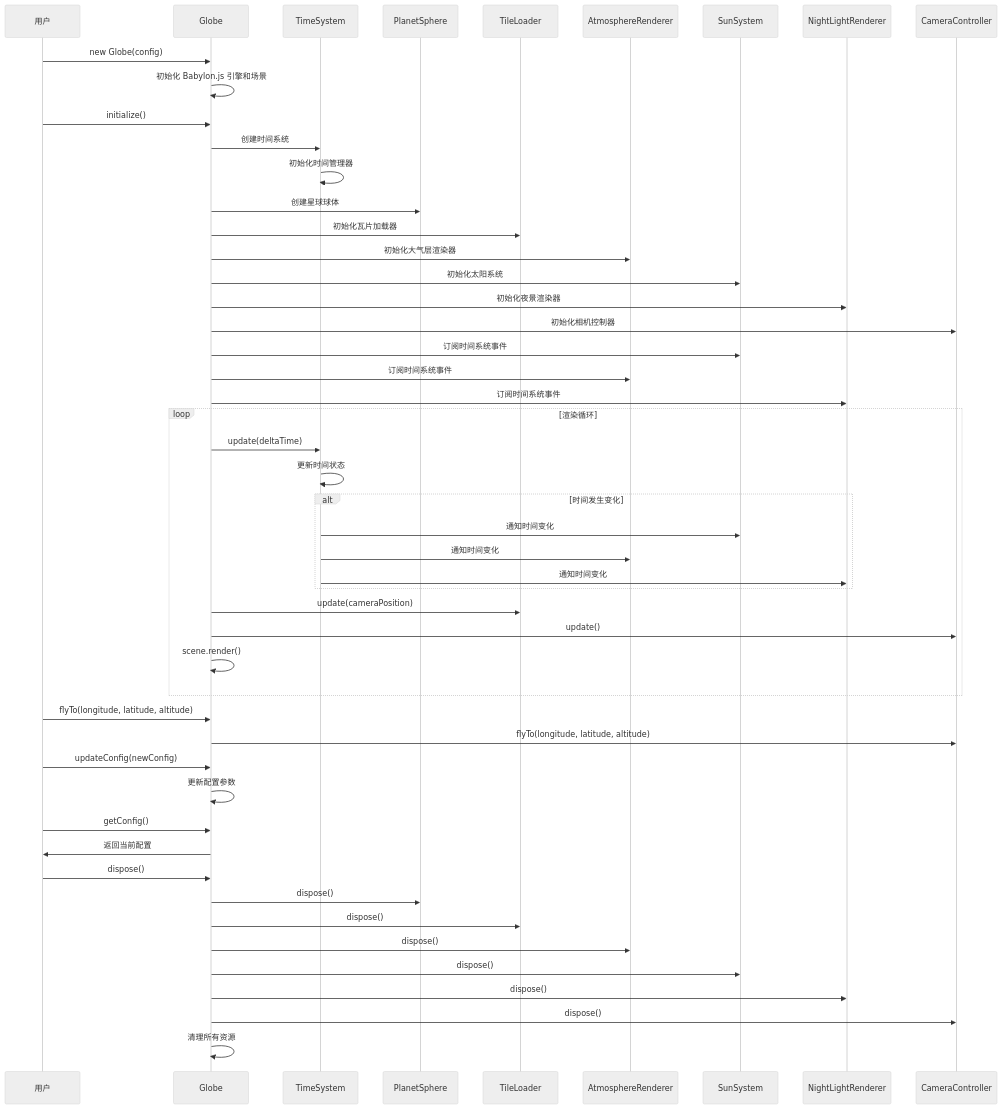
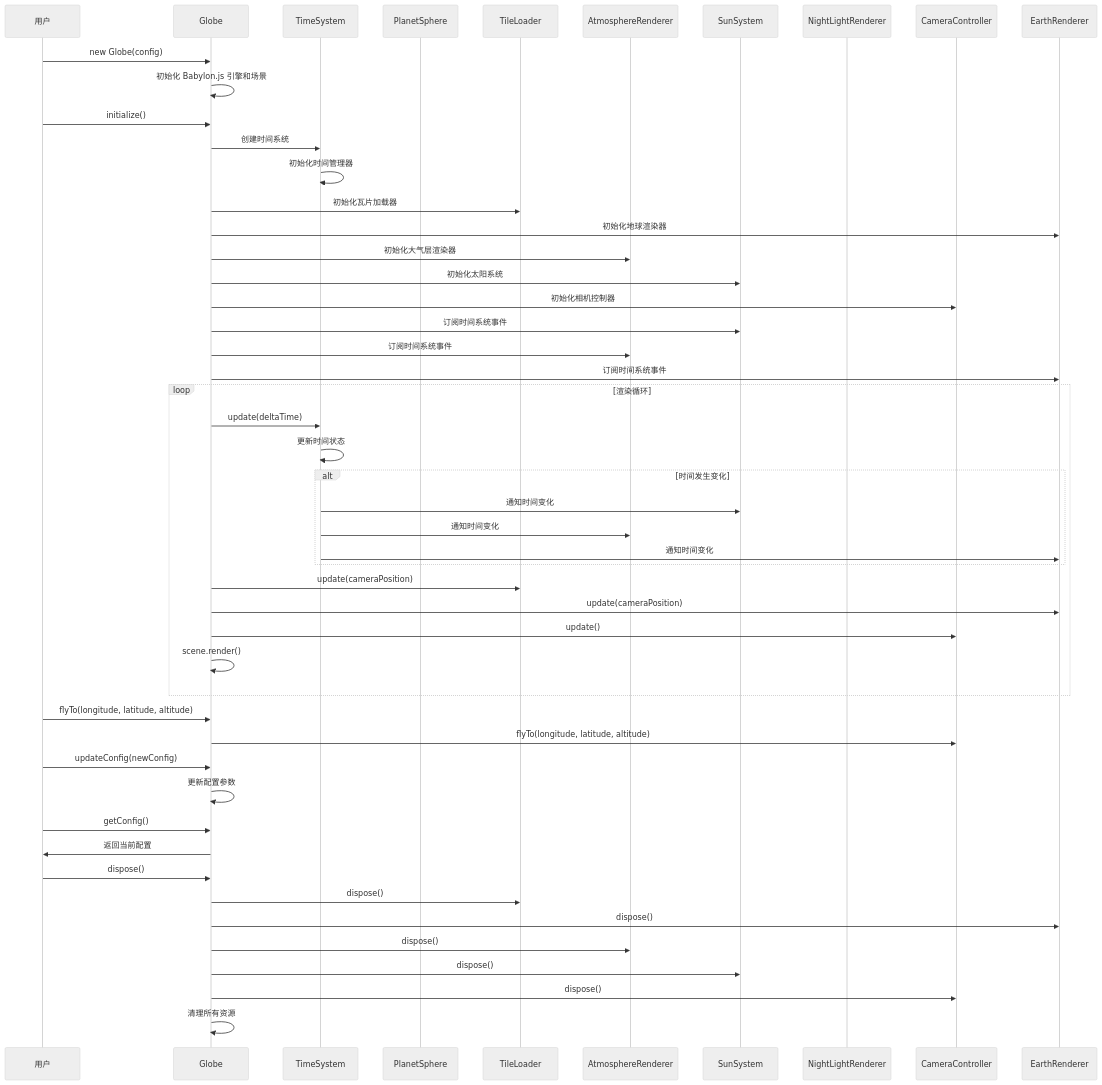
Before and after one commit to Zoranner/openearth: the third of 3 diagrams in docs/技术设计方案/01-详细设计/00-地球核心模块设计.md, drawn with Mermaid (neutral theme). The commit also changed other lines of this file and 10 other files, not shown here.

````diff
--- a/docs/技术设计方案/01-详细设计/00-地球核心模块设计.md
+++ b/docs/技术设计方案/01-详细设计/00-地球核心模块设计.md
@@ -156,62 +144,61 @@
 ```mermaid
 sequenceDiagram
     participant 用户
     participant Globe
     participant TimeSystem
     participant PlanetSphere
     participant TileLoader
     participant AtmosphereRenderer
     participant SunSystem
     participant NightLightRenderer
     participant CameraController
-    
+
     用户->>Globe: new Globe(config)
     Globe->>Globe: 初始化 Babylon.js 引擎和场景
-    
+
     用户->>Globe: initialize()
     Globe->>TimeSystem: 创建时间系统
     TimeSystem->>TimeSystem: 初始化时间管理器
-    Globe->>PlanetSphere: 创建星球球体
     Globe->>TileLoader: 初始化瓦片加载器
+    Globe->>EarthRenderer: 初始化地球渲染器
     Globe->>AtmosphereRenderer: 初始化大气层渲染器
     Globe->>SunSystem: 初始化太阳系统
-    Globe->>NightLightRenderer: 初始化夜景渲染器
     Globe->>CameraController: 初始化相机控制器
-    
+
     Globe->>SunSystem: 订阅时间系统事件
     Globe->>AtmosphereRenderer: 订阅时间系统事件
-    Globe->>NightLightRenderer: 订阅时间系统事件
-    
+    Globe->>EarthRenderer: 订阅时间系统事件
+
     loop 渲染循环
         Globe->>TimeSystem: update(deltaTime)
         TimeSystem->>TimeSystem: 更新时间状态
-        
+
         alt 时间发生变化
             TimeSystem->>SunSystem: 通知时间变化
             TimeSystem->>AtmosphereRenderer: 通知时间变化
-            TimeSystem->>NightLightRenderer: 通知时间变化
+            TimeSystem->>EarthRenderer: 通知时间变化
         end
-        
+
         Globe->>TileLoader: update(cameraPosition)
+        Globe->>EarthRenderer: update(cameraPosition)
         Globe->>CameraController: update()
         Globe->>Globe: scene.render()
     end
-    
+
     用户->>Globe: flyTo(longitude, latitude, altitude)
     Globe->>CameraController: flyTo(longitude, latitude, altitude)
-    
+
     用户->>Globe: updateConfig(newConfig)
     Globe->>Globe: 更新配置参数
-    
+
     用户->>Globe: getConfig()
     Globe->>用户: 返回当前配置
-    
+
     用户->>Globe: dispose()
-    Globe->>PlanetSphere: dispose()
     Globe->>TileLoader: dispose()
+    Globe->>EarthRenderer: dispose()
     Globe->>AtmosphereRenderer: dispose()
     Globe->>SunSystem: dispose()
-    Globe->>NightLightRenderer: dispose()
     Globe->>CameraController: dispose()
     Globe->>Globe: 清理所有资源
 ```
````
